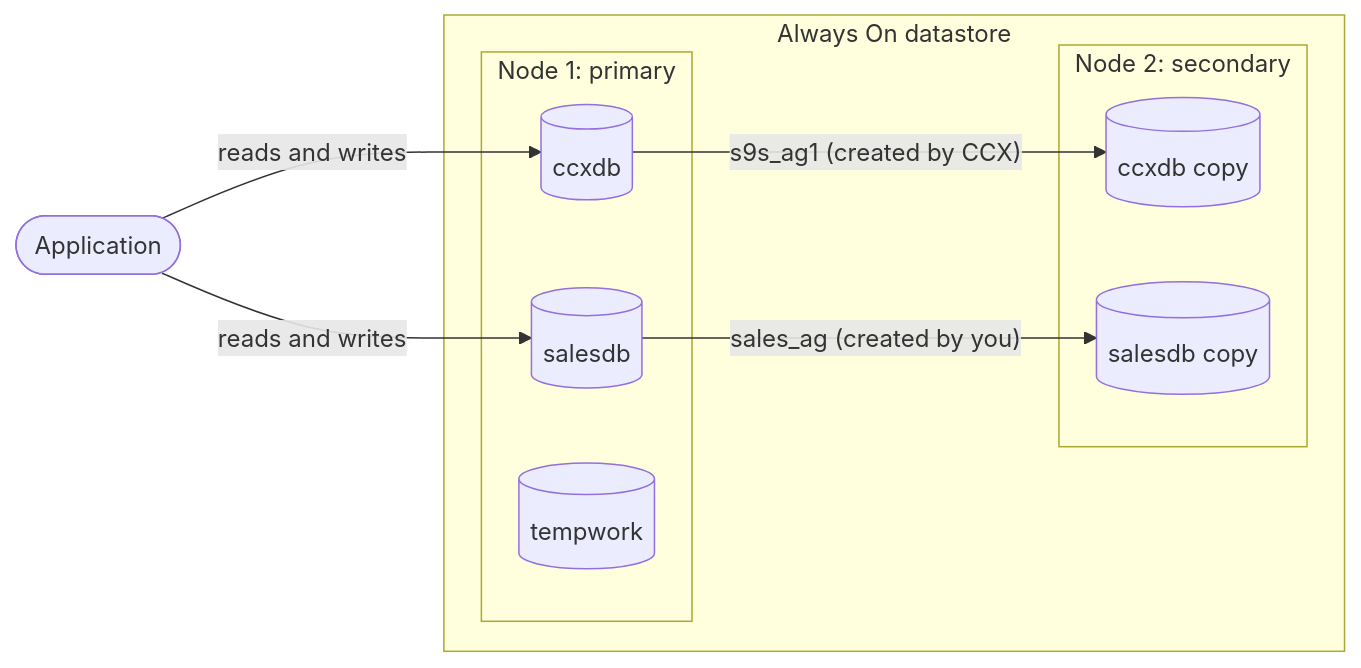
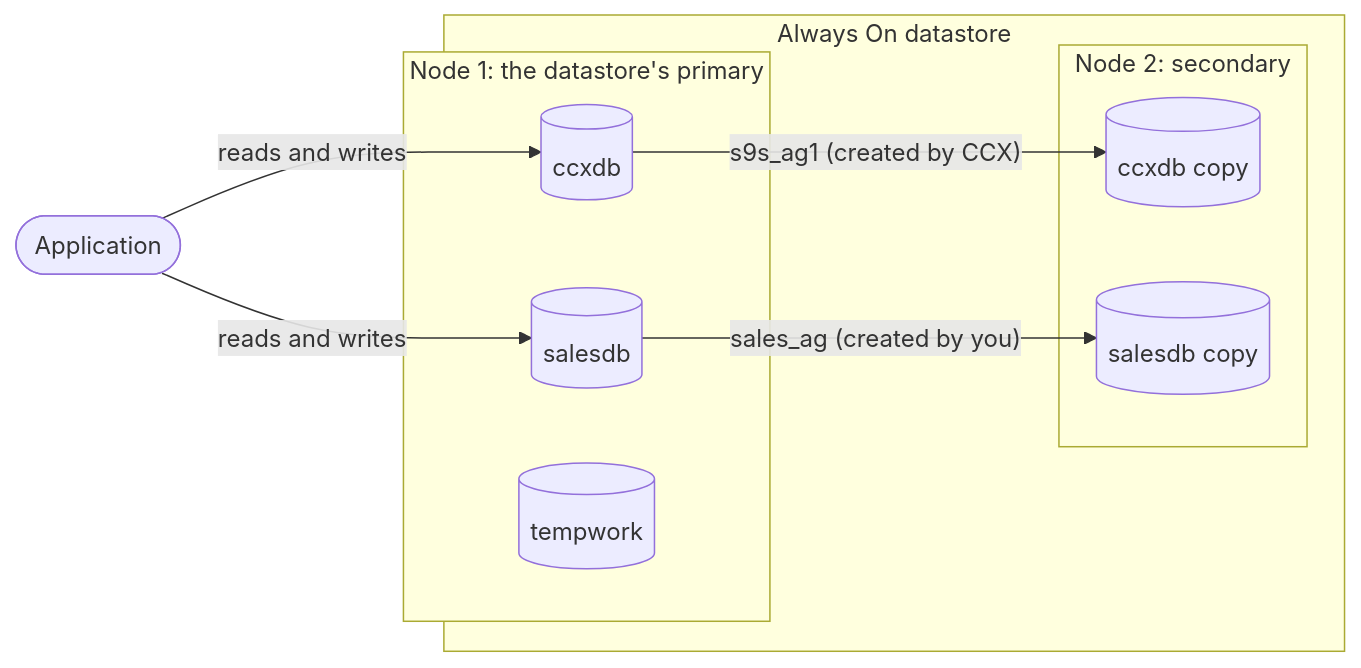
Before and after one commit to severalnines/ccx-docs: the first of 2 diagrams in docs/user/Reference/Products/MSSQLServer/always-on.md, drawn with Mermaid. The commit also changed other lines of this file and 5 other files, not shown here.

````diff
--- a/docs/user/Reference/Products/MSSQLServer/always-on.md
+++ b/docs/user/Reference/Products/MSSQLServer/always-on.md
@@ -24,18 +27,18 @@
 ```mermaid
 flowchart LR
     app([Application]) -->|reads and writes| p1
     app -->|reads and writes| p2
     subgraph ds [Always On datastore]
-        subgraph n1 [Node 1: primary]
+        subgraph n1 [Node 1: the datastore's primary]
             p1[(ccxdb)]
             p2[(salesdb)]
             x[(tempwork)]
         end
         subgraph n2 [Node 2: secondary]
             s1[(ccxdb copy)]
             s2[(salesdb copy)]
         end
     end
     p1 -->|"s9s_ag1 (created by CCX)"| s1
     p2 -->|"sales_ag (created by you)"| s2
 ```
````
